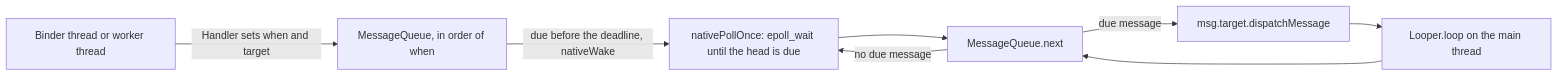
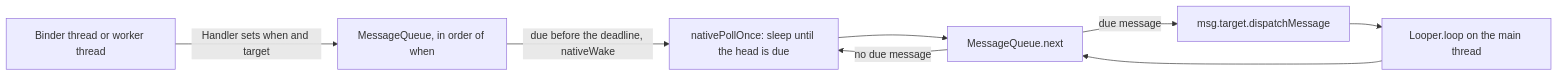
Before and after one commit to imGurpreetSK/android-from-first-principles: the diagram in site/src/content/docs/launch-path/main-thread.mdx, drawn with Mermaid. The commit also changed other lines of this file, not shown here.

Commit message:
Say in the Mental model of the main-thread chapter and in its flowchart that next() sleeps in nativePollOnce() until the head is due, say that an empty queue sleeps with no time limit in the legacy queue and for about 7 days in DeliQueue, and say that the queue wakes the looper with nativeWake(), because only the Go deeper box of the native sleep names epoll_wait() and the eventfd, and an empty queue has no head

````diff
--- a/site/src/content/docs/launch-path/main-thread.mdx
+++ b/site/src/content/docs/launch-path/main-thread.mdx
@@ -248,10 +248,10 @@
 ```mermaid
 flowchart LR
   other["Binder thread or worker thread"] -->|Handler sets when and target| queue["MessageQueue, in order of when"]
   queue -->|due before the deadline, nativeWake| sleep
   loop["Looper.loop on the main thread"] --> next["MessageQueue.next"]
-  next -->|no due message| sleep["nativePollOnce: epoll_wait until the head is due"]
+  next -->|no due message| sleep["nativePollOnce: sleep until the head is due"]
   sleep --> next
   next -->|due message| dispatch["msg.target.dispatchMessage"]
   dispatch --> loop
 ```
````
